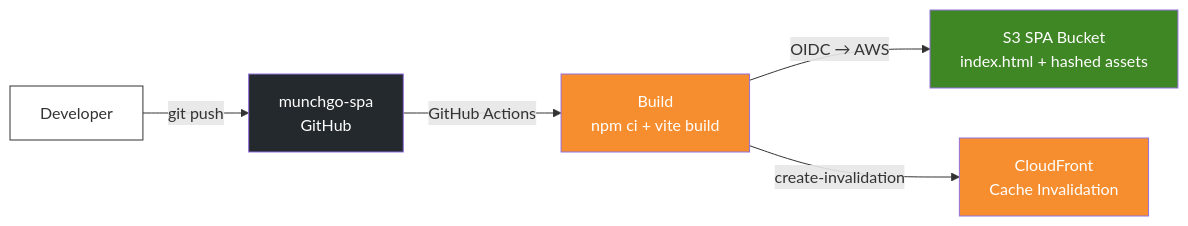
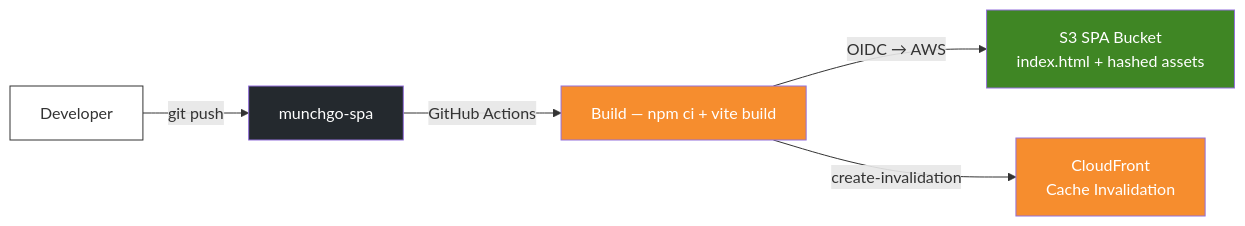
The eighth of 12 diagrams in README.md (shanaka-versent/munchgo-aws-iac), drawn with Mermaid before and after one commit. The commit also changed other lines of this file, not shown here.

````diff
--- a/README.md
+++ b/README.md
@@ -753,13 +553,13 @@
 ```mermaid
 graph LR
-    DEV2[Developer] -->|git push| SPA_REPO["munchgo-spa<br/>GitHub"]
-    SPA_REPO -->|GitHub Actions| BUILD2["Build<br/>npm ci + vite build"]
+    DEV2[Developer] -->|git push| SPA_REPO["munchgo-spa"]
+    SPA_REPO -->|GitHub Actions| BUILD2["Build — npm ci + vite build"]
     BUILD2 -->|"OIDC → AWS"| S3_2["S3 SPA Bucket<br/>index.html + hashed assets"]
     BUILD2 -->|create-invalidation| CF2["CloudFront<br/>Cache Invalidation"]
 
     style DEV2 fill:#fff,stroke:#333,color:#333
     style SPA_REPO fill:#24292E,color:#fff
     style BUILD2 fill:#F68D2E,color:#fff
     style S3_2 fill:#3F8624,color:#fff
     style CF2 fill:#F68D2E,color:#fff
 ```
````
